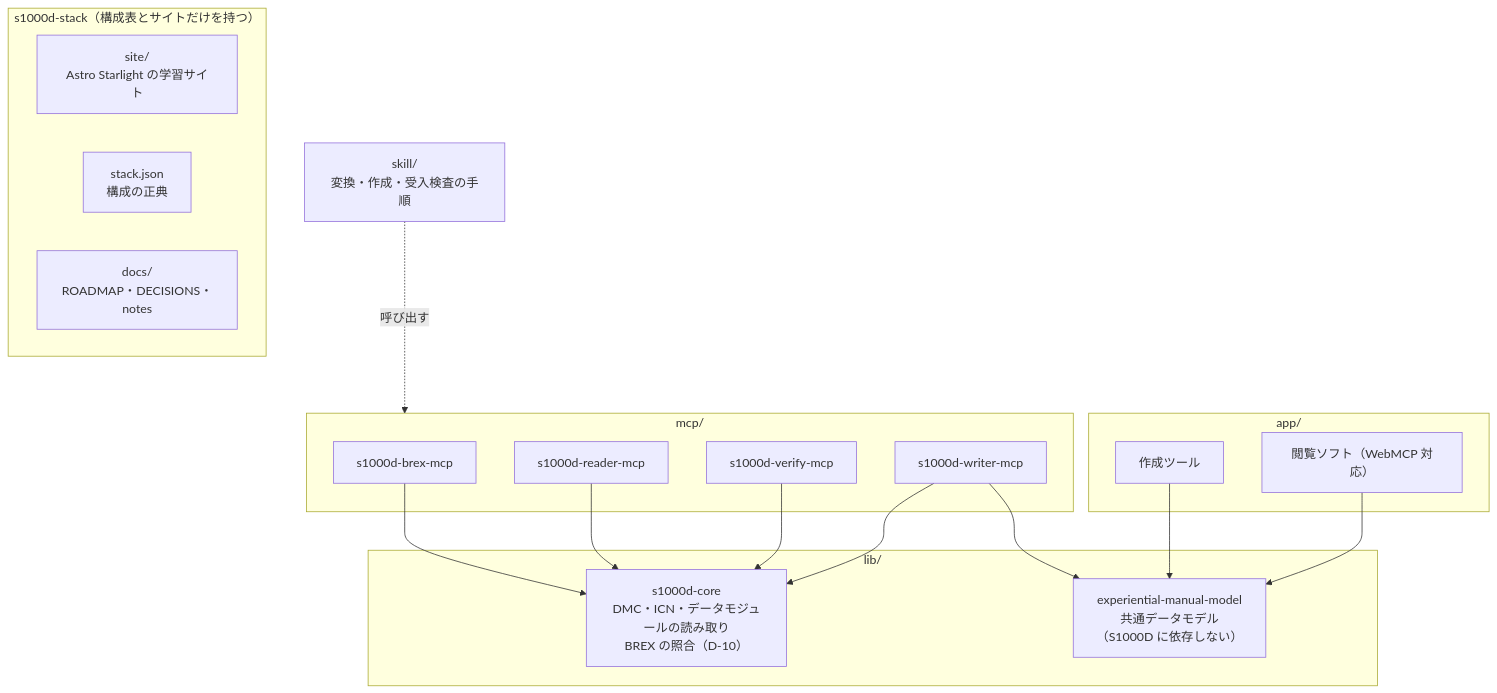
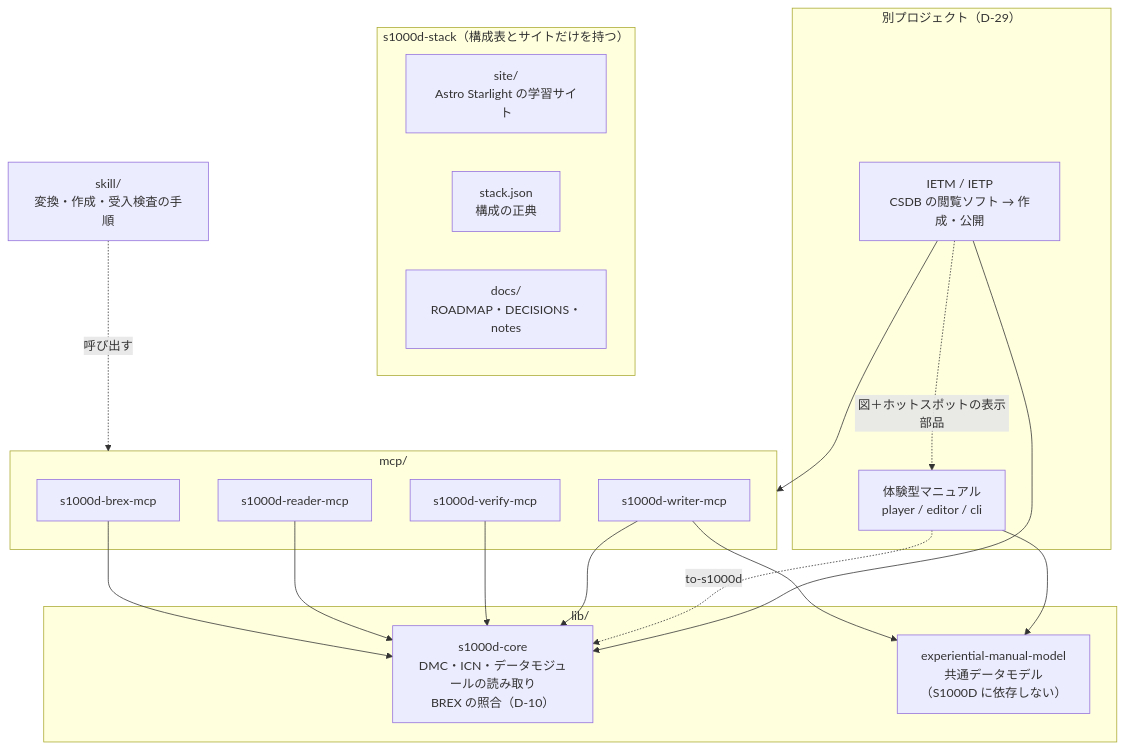
One commit to shuji-bonji/s1000d-stack changed the first of 4 diagrams in docs/ROADMAP.md. Above: the diagram before and after it, drawn with Mermaid. The commit also changed other lines of this file and 8 other files, not shown here.

````diff
--- a/docs/ROADMAP.md
+++ b/docs/ROADMAP.md
@@ -23,31 +27,33 @@
 ```mermaid
 flowchart TB
   subgraph Hub["s1000d-stack（構成表とサイトだけを持つ）"]
     SITE["site/<br/>Astro Starlight の学習サイト"]
     STACK["stack.json<br/>構成の正典"]
     DOCS["docs/<br/>ROADMAP・DECISIONS・notes"]
   end
   subgraph Lib["lib/"]
     CORE["s1000d-core<br/>DMC・ICN・データモジュールの読み取り<br/>BREX の照合（D-10）"]
     MODEL["experiential-manual-model<br/>共通データモデル<br/>（S1000D に依存しない）"]
   end
   subgraph Mcp["mcp/"]
     BREX["s1000d-brex-mcp"]
     R["s1000d-reader-mcp"]
     V["s1000d-verify-mcp"]
     W["s1000d-writer-mcp"]
   end
-  subgraph App["app/"]
-    ED["作成ツール"]
-    VW["閲覧ソフト（WebMCP 対応）"]
+  SK["skill/<br/>変換・作成・受入検査の手順"]
+  subgraph Products["別プロジェクト（D-29）"]
+    XM["体験型マニュアル<br/>player / editor / cli"]
+    IETP["IETM / IETP<br/>CSDB の閲覧ソフト → 作成・公開"]
   end
-  SK["skill/<br/>変換・作成・受入検査の手順"]
   BREX --> CORE
   R --> CORE
   V --> CORE
   W --> CORE
   W --> MODEL
-  ED --> MODEL
-  VW --> MODEL
   SK -.呼び出す.-> Mcp
+  XM --> MODEL
+  XM -. to-s1000d .-> CORE
+  IETP --> CORE & Mcp
+  IETP -. 図＋ホットスポットの表示部品 .-> XM
 ```
````
